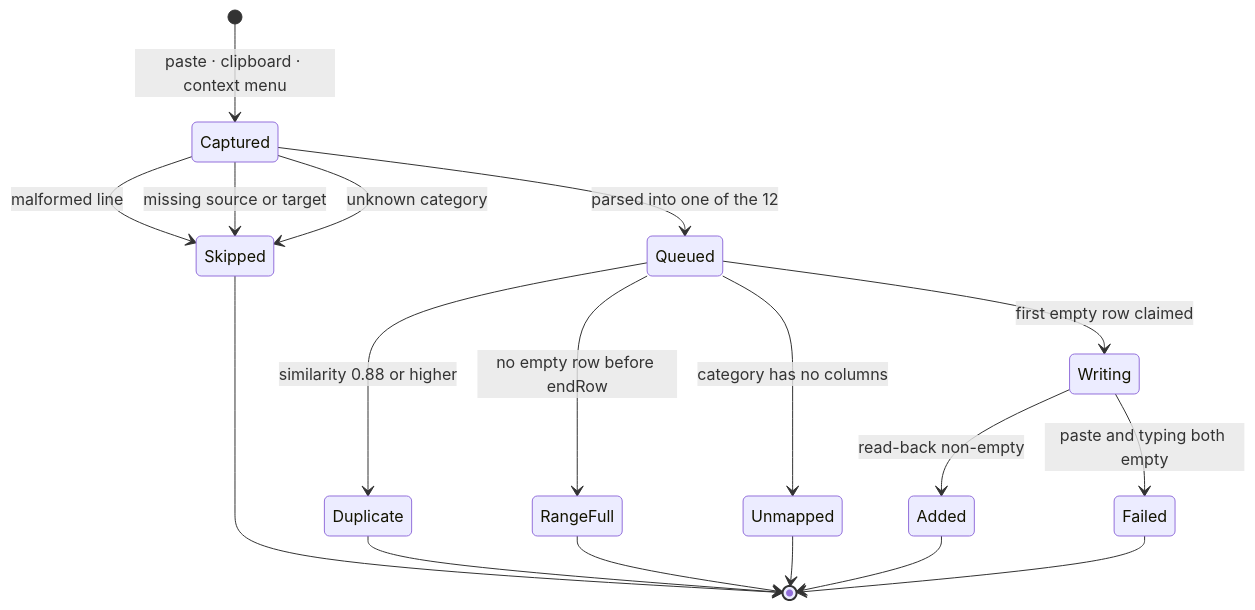
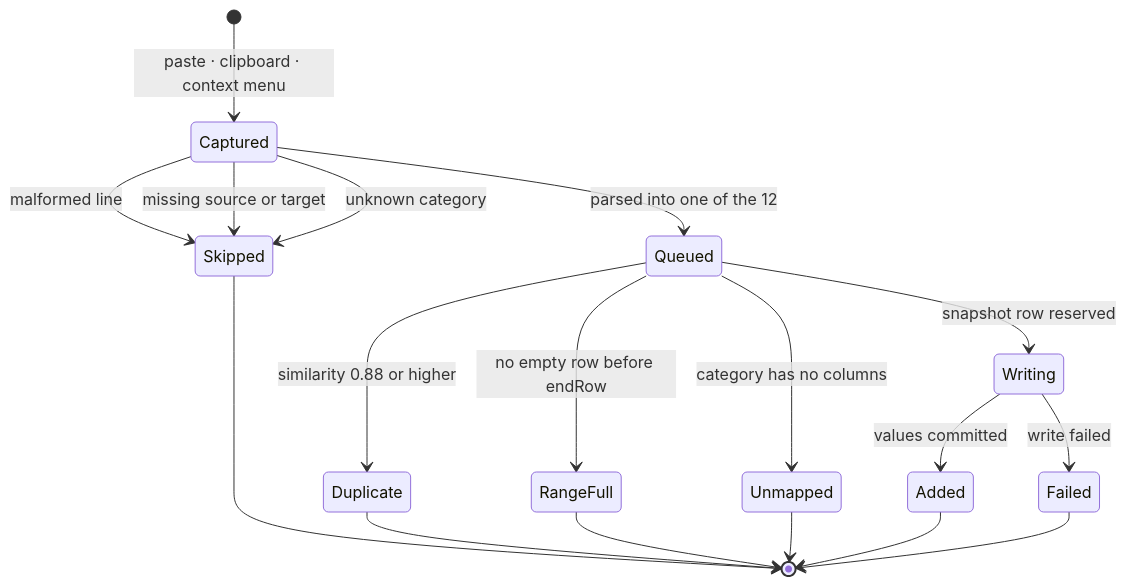
Before and after one commit to RazorSpace/Smart-Glossary-Filter: the third of 3 diagrams in README.md, drawn with Mermaid. The commit also changed other lines of this file and 5 other files, not shown here.

````diff
--- a/README.md
+++ b/README.md
@@ -287,20 +297,20 @@
 ```mermaid
 stateDiagram-v2
     [*] --> Captured: paste · clipboard · context menu
     Captured --> Skipped: malformed line
     Captured --> Skipped: missing source or target
     Captured --> Skipped: unknown category
     Captured --> Queued: parsed into one of the 12
     Queued --> Duplicate: similarity 0.88 or higher
     Queued --> RangeFull: no empty row before endRow
     Queued --> Unmapped: category has no columns
-    Queued --> Writing: first empty row claimed
-    Writing --> Added: read-back non-empty
-    Writing --> Failed: paste and typing both empty
+    Queued --> Writing: snapshot row reserved
+    Writing --> Added: values committed
+    Writing --> Failed: write failed
     Added --> [*]
     Duplicate --> [*]
     Skipped --> [*]
     RangeFull --> [*]
     Unmapped --> [*]
     Failed --> [*]
 ```
````
